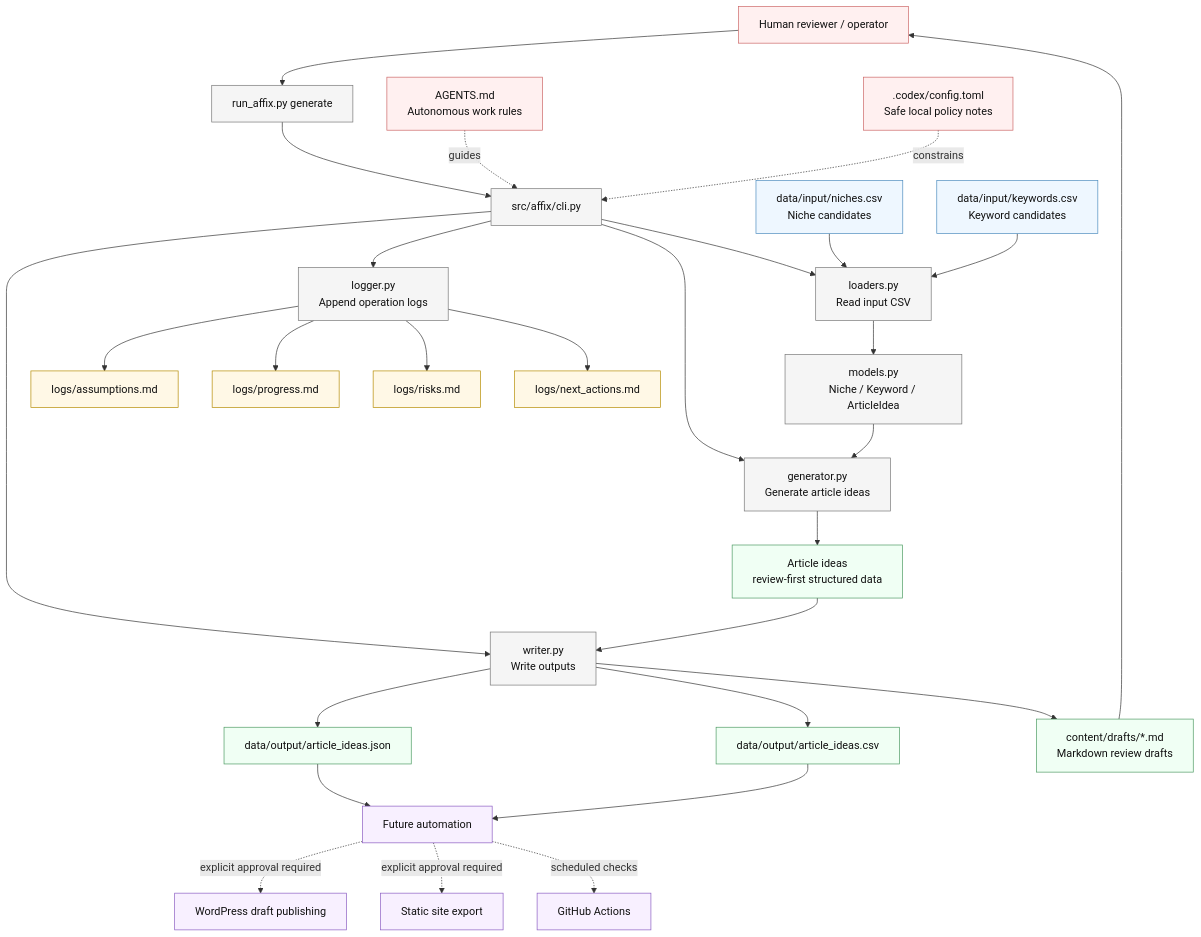
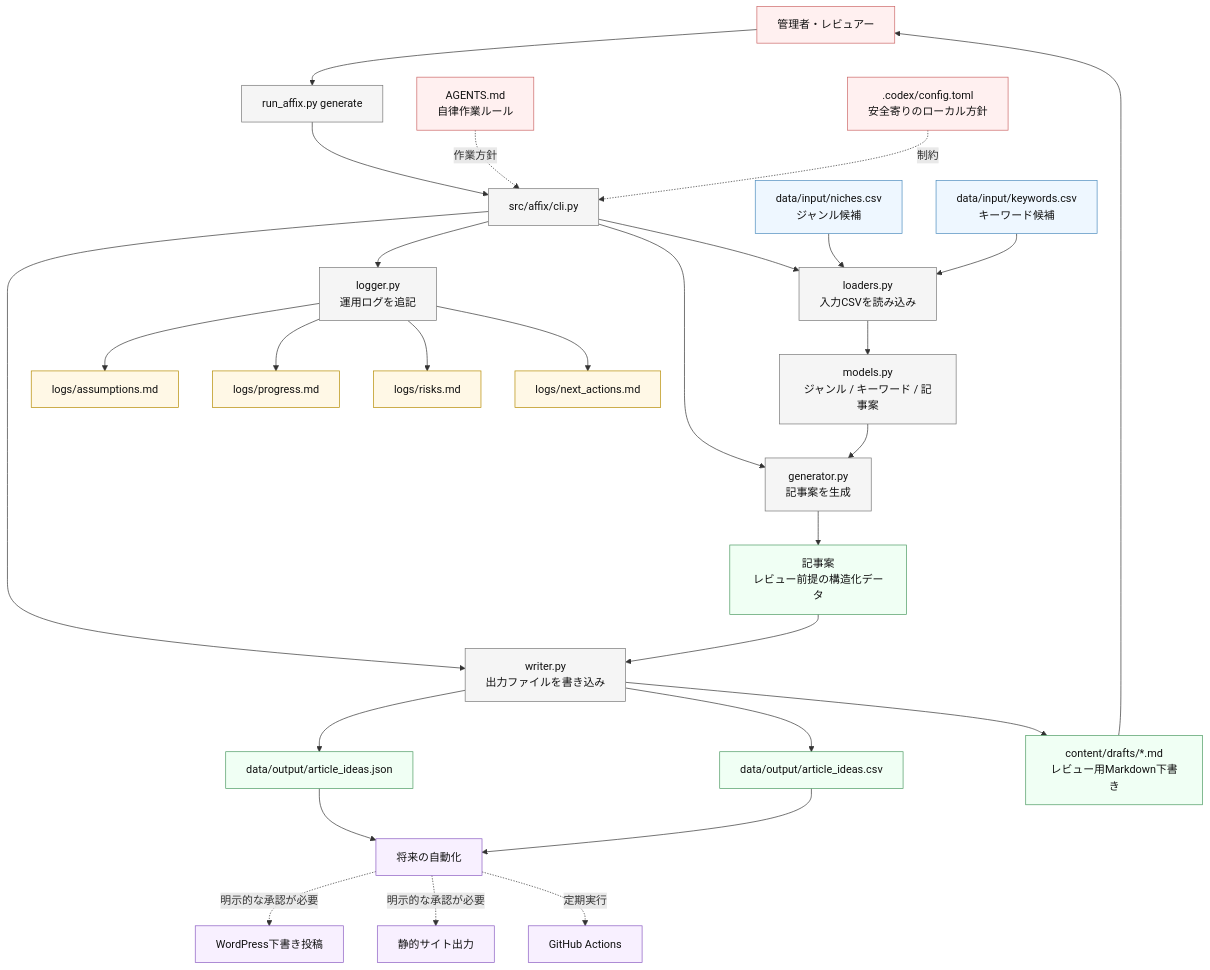
The diagram in README.md (ganase/affix), drawn with Mermaid before and after one commit. The commit also changed other lines of this file and 27 other files, not shown here.

````diff
--- a/README.md
+++ b/README.md
@@ -28,53 +63,53 @@
 ```mermaid
 flowchart TD
-    User["Human reviewer / operator"] --> CLI["run_affix.py generate"]
+    A["管理者・レビュアー"] --> B["run_affix.py generate"]
 
-    CLI --> AffixCLI["src/affix/cli.py"]
-    AffixCLI --> Loaders["loaders.py<br/>Read input CSV"]
-    AffixCLI --> Generator["generator.py<br/>Generate article ideas"]
-    AffixCLI --> Writers["writer.py<br/>Write outputs"]
-    AffixCLI --> Logger["logger.py<br/>Append operation logs"]
+    B --> C["src/affix/cli.py"]
+    C --> D["loaders.py<br/>入力CSVを読み込み"]
+    C --> E["generator.py<br/>記事案を生成"]
+    C --> F["writer.py<br/>出力ファイルを書き込み"]
+    C --> G["logger.py<br/>運用ログを追記"]
 
-    Niches["data/input/niches.csv<br/>Niche candidates"] --> Loaders
-    Keywords["data/input/keywords.csv<br/>Keyword candidates"] --> Loaders
+    H["data/input/niches.csv<br/>ジャンル候補"] --> D
+    I["data/input/keywords.csv<br/>キーワード候補"] --> D
 
-    Loaders --> Models["models.py<br/>Niche / Keyword / ArticleIdea"]
-    Models --> Generator
+    D --> J["models.py<br/>ジャンル / キーワード / 記事案"]
+    J --> E
 
-    Generator --> ArticleIdeas["Article ideas<br/>review-first structured data"]
+    E --> K["記事案<br/>レビュー前提の構造化データ"]
 
-    ArticleIdeas --> Writers
-    Writers --> JSON["data/output/article_ideas.json"]
-    Writers --> CSV["data/output/article_ideas.csv"]
-    Writers --> Drafts["content/drafts/*.md<br/>Markdown review drafts"]
+    K --> F
+    F --> L["data/output/article_ideas.json"]
+    F --> M["data/output/article_ideas.csv"]
+    F --> N["content/drafts/*.md<br/>レビュー用Markdown下書き"]
 
-    Logger --> Assumptions["logs/assumptions.md"]
-    Logger --> Progress["logs/progress.md"]
-    Logger --> Risks["logs/risks.md"]
-    Logger --> NextActions["logs/next_actions.md"]
+    G --> O["logs/assumptions.md"]
+    G --> P["logs/progress.md"]
+    G --> Q["logs/risks.md"]
+    G --> R["logs/next_actions.md"]
 
-    Drafts --> User
-    JSON --> FutureAutomation["Future automation"]
-    CSV --> FutureAutomation
+    N --> A
+    L --> S["将来の自動化"]
+    M --> S
 
-    FutureAutomation -. explicit approval required .-> WordPress["WordPress draft publishing"]
-    FutureAutomation -. explicit approval required .-> StaticSite["Static site export"]
-    FutureAutomation -. scheduled checks .-> GitHubActions["GitHub Actions"]
+    S -. 明示的な承認が必要 .-> T["WordPress下書き投稿"]
+    S -. 明示的な承認が必要 .-> U["静的サイト出力"]
+    S -. 定期実行 .-> V["GitHub Actions"]
 
-    AGENTS["AGENTS.md<br/>Autonomous work rules"] -. guides .-> AffixCLI
-    Config[".codex/config.toml<br/>Safe local policy notes"] -. constrains .-> AffixCLI
+    W["AGENTS.md<br/>自律作業ルール"] -. 作業方針 .-> C
+    X[".codex/config.toml<br/>安全寄りのローカル方針"] -. 制約 .-> C
 
-    classDef input fill:#eef7ff,stroke:#4b8bbe,color:#111;
-    classDef code fill:#f5f5f5,stroke:#777,color:#111;
-    classDef output fill:#f0fff4,stroke:#4c9a62,color:#111;
-    classDef log fill:#fff8e6,stroke:#b58b00,color:#111;
-    classDef future fill:#f8f0ff,stroke:#8a5cc2,color:#111;
-    classDef safety fill:#fff0f0,stroke:#cc6666,color:#111;
+    classDef c1 fill:#eef7ff,stroke:#4b8bbe,color:#111;
+    classDef c2 fill:#f5f5f5,stroke:#777,color:#111;
+    classDef c3 fill:#f0fff4,stroke:#4c9a62,color:#111;
+    classDef c4 fill:#fff8e6,stroke:#b58b00,color:#111;
+    classDef c5 fill:#f8f0ff,stroke:#8a5cc2,color:#111;
+    classDef c6 fill:#fff0f0,stroke:#cc6666,color:#111;
 
-    class Niches,Keywords input;
-    class CLI,AffixCLI,Loaders,Generator,Writers,Logger,Models code;
-    class JSON,CSV,Drafts,ArticleIdeas output;
-    class Assumptions,Progress,Risks,NextActions log;
-    class FutureAutomation,WordPress,StaticSite,GitHubActions future;
-    class AGENTS,Config,User safety;
+    class H,I c1;
+    class B,C,D,E,F,G,J c2;
+    class K,L,M,N c3;
+    class O,P,Q,R c4;
+    class S,T,U,V c5;
+    class A,W,X c6;
 ```
````
